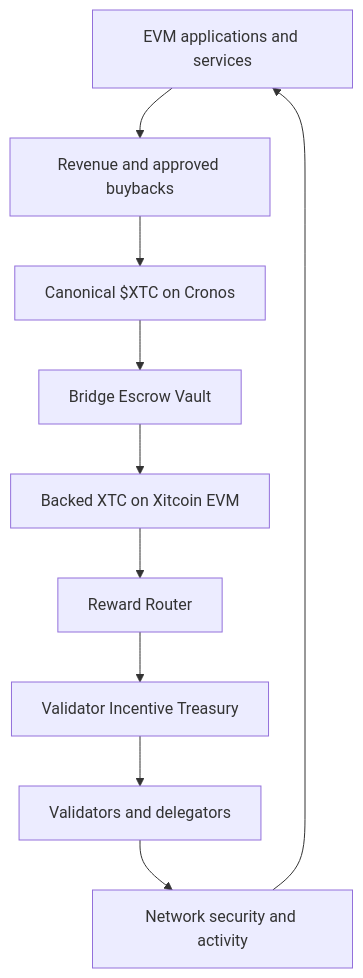
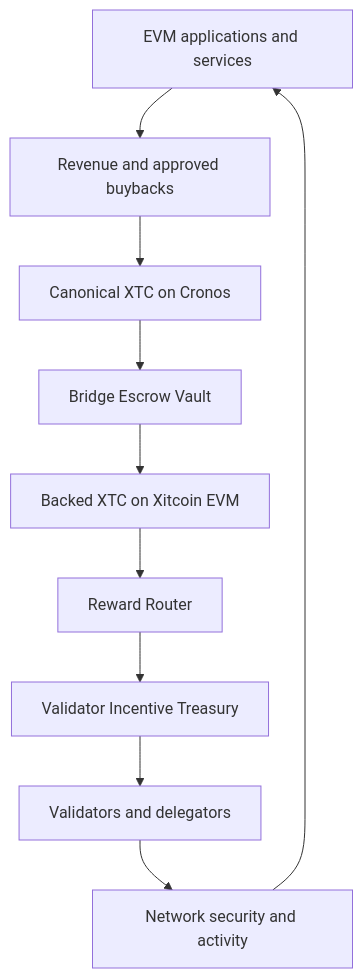
The diagram in staking/validator-incentives.md (xitcoin-org/guide), drawn with Mermaid before and after one commit. The commit also changed other lines of this file and 11 other files, not shown here.

````diff
--- a/staking/validator-incentives.md
+++ b/staking/validator-incentives.md
@@ -79,12 +79,12 @@
 ```mermaid
 flowchart TD
     A["EVM applications and services"] --> B["Revenue and approved buybacks"]
-    B --> C["Canonical $XTC on Cronos"]
+    B --> C["Canonical XTC on Cronos"]
     C --> D["Bridge Escrow Vault"]
     D --> E["Backed XTC on Xitcoin EVM"]
     E --> F["Reward Router"]
     F --> G["Validator Incentive Treasury"]
     G --> H["Validators and delegators"]
     H --> I["Network security and activity"]
     I --> A
 ```
````
